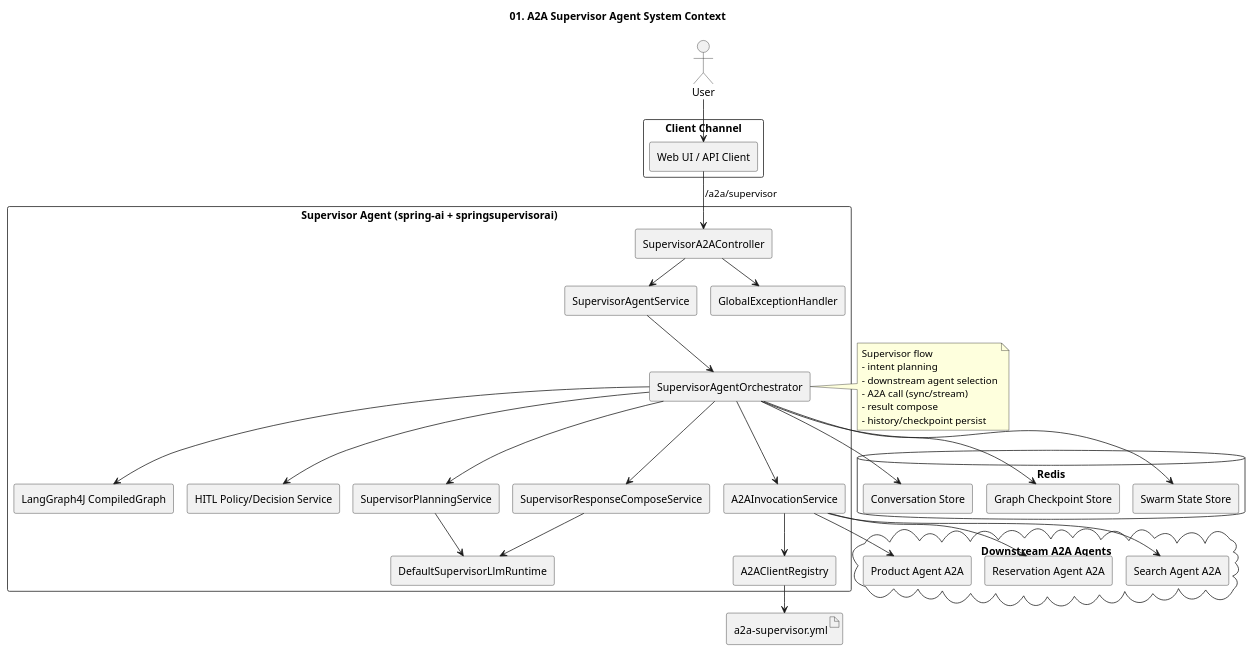
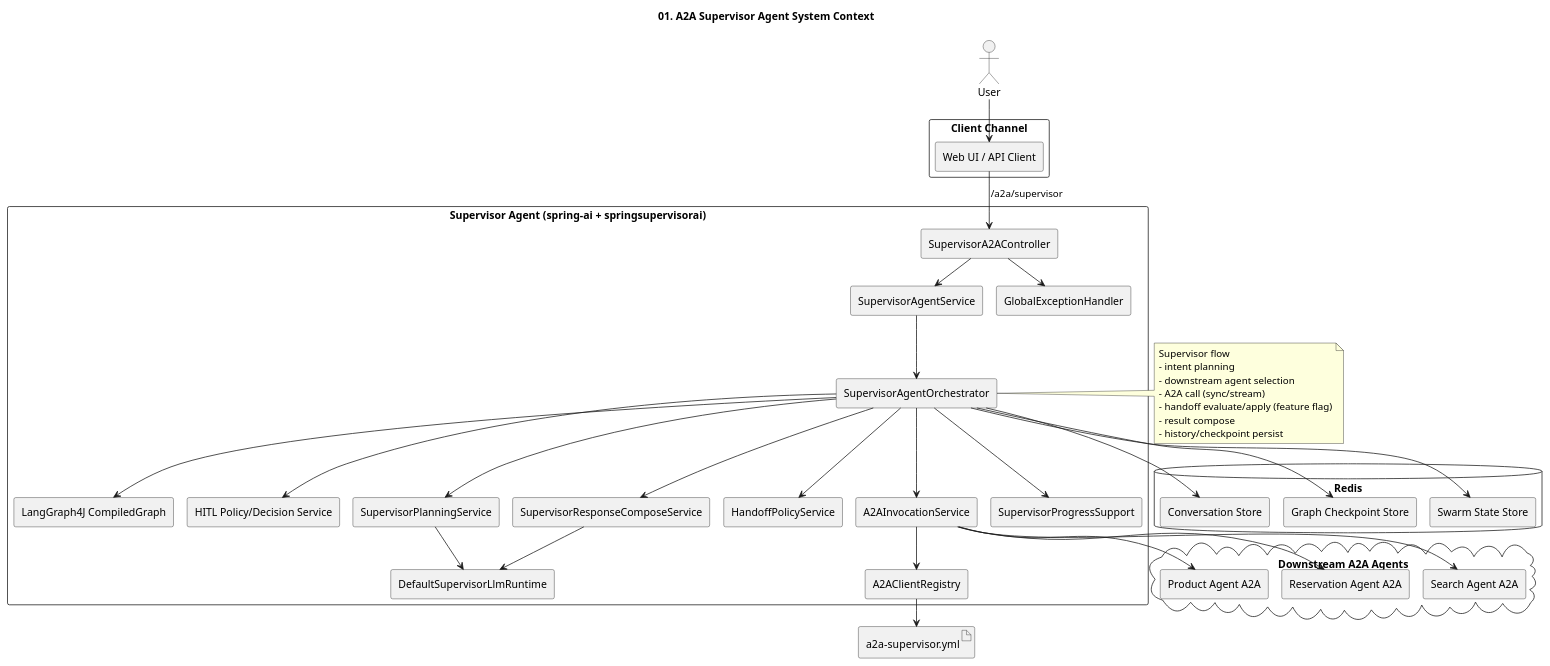
The diagram in documents/a2a-host_agent-architecture/01-system-context.puml (kim57uak/spring-ai), drawn with PlantUML before and after one commit. The commit also changed 69 other files, not shown here.

```diff
--- a/documents/a2a-host_agent-architecture/01-system-context.puml
+++ b/documents/a2a-host_agent-architecture/01-system-context.puml
@@ -1,77 +1,86 @@
 @startuml
 !pragma layout smetana
 title 01. A2A Supervisor Agent System Context
 
 skinparam shadowing false
 skinparam componentStyle rectangle
 
 actor User
 
 rectangle "Client Channel" {
   [Web UI / API Client] as Client
 }
 
 rectangle "Supervisor Agent (spring-ai + springsupervisorai)" {
   [SupervisorA2AController] as SupervisorA2AController
   [SupervisorAgentService] as SupervisorService
   [SupervisorAgentOrchestrator] as SupervisorOrchestrator
   [LangGraph4J CompiledGraph] as StateGraph
   [HITL Policy/Decision Service] as HitlService
   [SupervisorPlanningService] as Planner
   [A2AInvocationService] as A2AInvocationService
+  [HandoffPolicyService] as HandoffPolicyService
   [SupervisorResponseComposeService] as Composer
+  [SupervisorProgressSupport] as ProgressSupport
   [DefaultSupervisorLlmRuntime] as LlmRuntime
   [A2AClientRegistry] as A2ARegistry
   [GlobalExceptionHandler] as Advice
 }
 
 database "Redis" as Redis {
   [Conversation Store] as ConversationStore
   [Graph Checkpoint Store] as CheckpointStore
   [Swarm State Store] as SwarmStateStore
 }
 
 cloud "Downstream A2A Agents" {
   [Product Agent A2A] as ProductAgent
   [Reservation Agent A2A] as ReservationAgent
   [Search Agent A2A] as SearchAgent
 }
 
 artifact "a2a-supervisor.yml" as HostYml
 
 User --> Client
 Client --> SupervisorA2AController : /a2a/supervisor
 SupervisorA2AController --> SupervisorService
 SupervisorA2AController --> Advice
 SupervisorService --> SupervisorOrchestrator
 SupervisorOrchestrator --> StateGraph
 SupervisorOrchestrator --> HitlService
 SupervisorOrchestrator --> Planner
 SupervisorOrchestrator --> A2AInvocationService
+SupervisorOrchestrator --> HandoffPolicyService
 SupervisorOrchestrator --> Composer
+SupervisorOrchestrator --> ProgressSupport
 Planner --> LlmRuntime
 Composer --> LlmRuntime
 A2AInvocationService --> A2ARegistry
 A2ARegistry --> HostYml
 A2AInvocationService --> ProductAgent
 A2AInvocationService --> ReservationAgent
 A2AInvocationService --> SearchAgent
 SupervisorOrchestrator --> ConversationStore
 SupervisorOrchestrator --> CheckpointStore
 SupervisorOrchestrator --> SwarmStateStore
 
 note right of SupervisorOrchestrator
 Supervisor flow
 - intent planning
 - downstream agent selection
 - A2A call (sync/stream)
+- handoff evaluate/apply (feature flag)
 - result compose
 - history/checkpoint persist
 end note
 
+' 2026-04-13 sync with doc 34
+' - add handoff policy boundary and feature-flag flow
+' - progress/trace should be emitted via SupervisorProgressSupport
+' - handoff method enum allowlist + stream capability guard
 ' 2026-04-12 sync with docs 30/31
 ' - Scope: HITL decision limited to APPROVE/CANCEL in current phase
 ' - Data mutation requests (create/update/delete) require mandatory HITL
 ' - A2A compatibility mode keeps both legacy and v1.0 methods
 ' - User profile input collection is deferred to next phase
 @enduml
```
